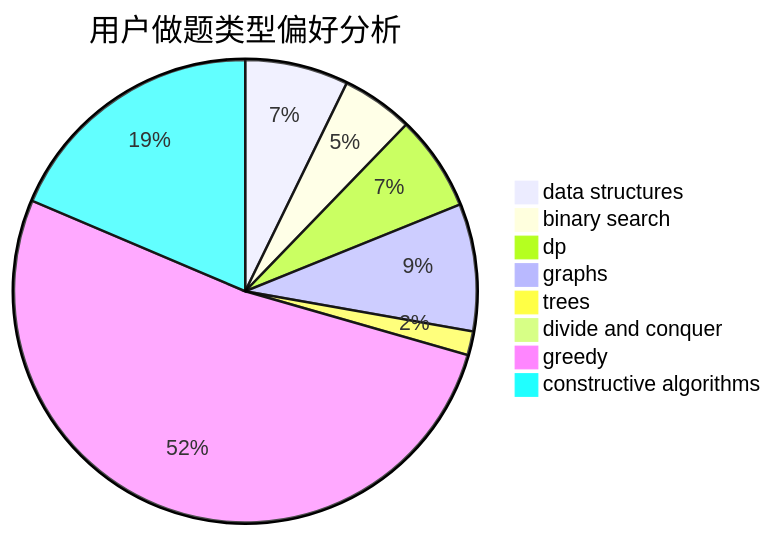
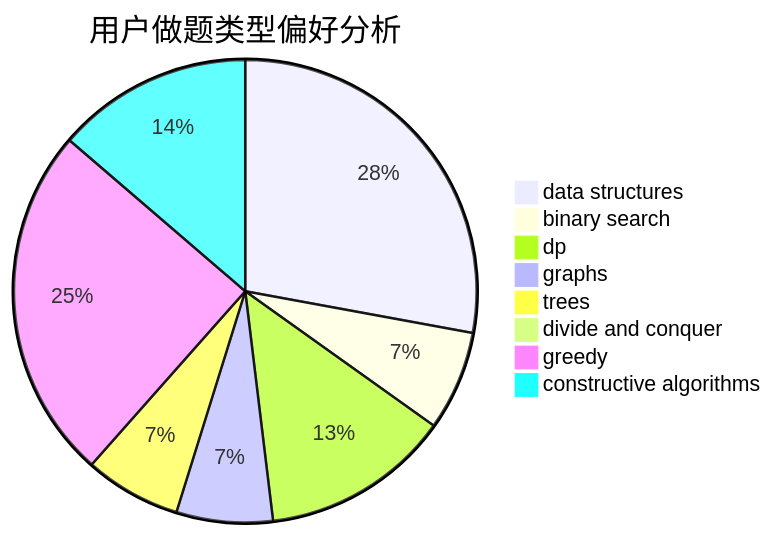
One commit to sherpahu/cfrs.github.io changed the second of 3 diagrams in docs/user/u2480.md. Above: the diagram before and after it, drawn with Mermaid. The commit also changed other lines of this file and 2770 other files, not shown here.

````diff
--- a/docs/user/u2480.md
+++ b/docs/user/u2480.md
@@ -23,11 +23,11 @@
 ```mermaid
 pie title 用户做题类型偏好分析
-    "data structures" :  26
-    "binary search" :  18
-    "dp" :  24
-    "graphs" :  32
-    "trees" :  6
+    "data structures" :  116
+    "binary search" :  29
+    "dp" :  55
+    "graphs" :  28
+    "trees" :  28
     "divide and conquer" :  0
-    "greedy" :  187
-    "constructive algorithms" :  67
+    "greedy" :  103
+    "constructive algorithms" :  57
 ```
````
